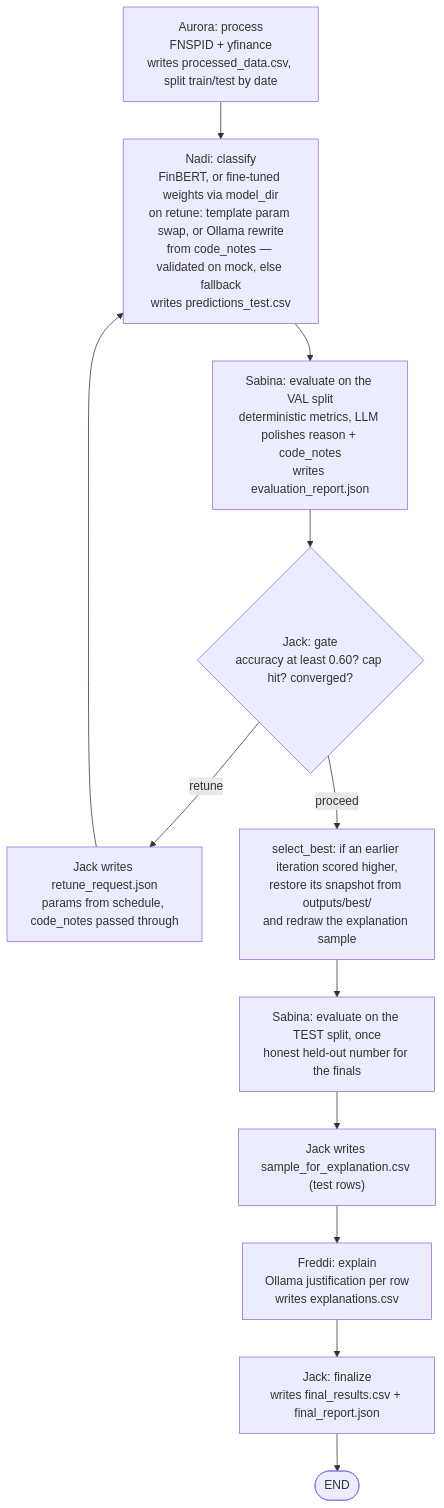
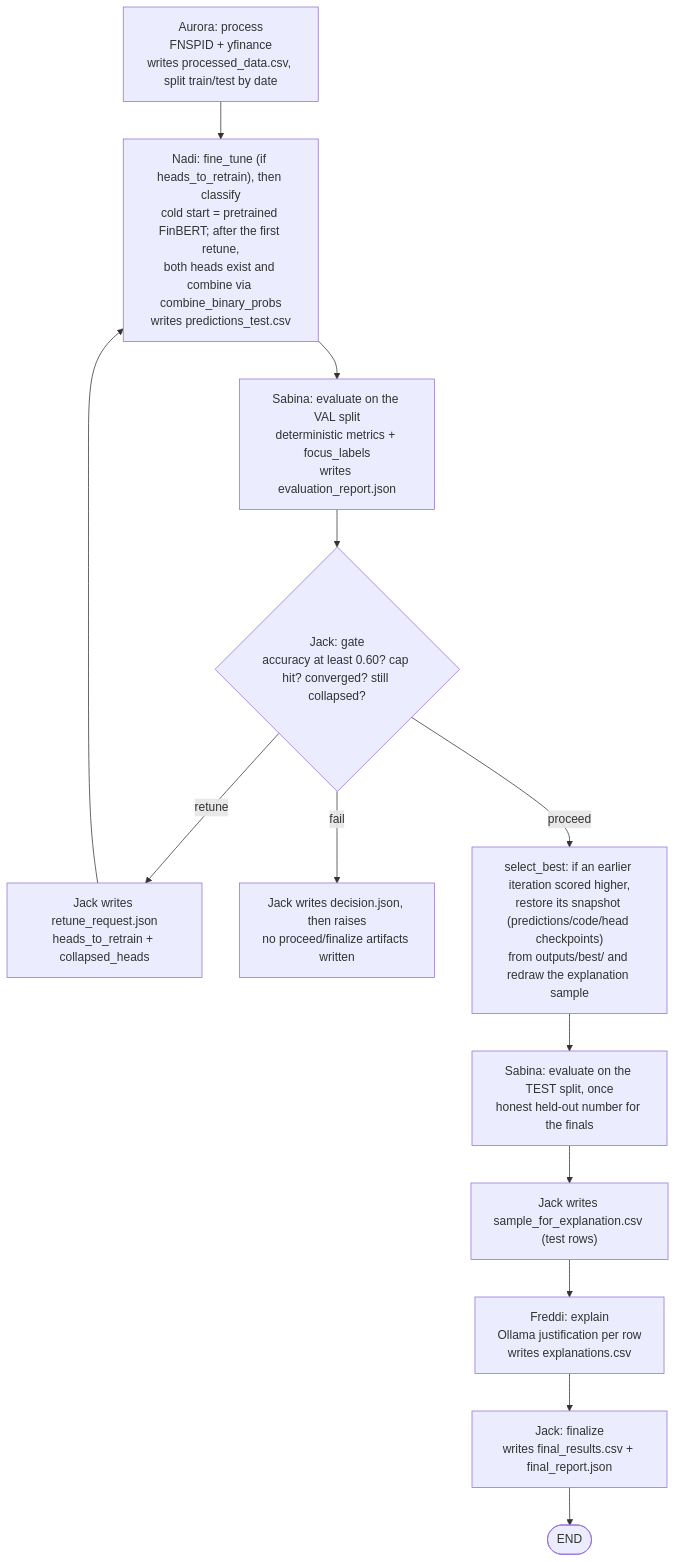
Before and after one commit to njaltran/NLP_lab: the diagram in docs/retune_loop.md, drawn with Mermaid. The commit also changed other lines of this file and 7 other files, not shown here.

````diff
--- a/docs/retune_loop.md
+++ b/docs/retune_loop.md
@@ -28,18 +43,20 @@
 ```mermaid
 flowchart TD
     A["Aurora: process<br/>FNSPID + yfinance<br/>writes processed_data.csv, split train/test by date"] --> N
 
-    N["Nadi: classify<br/>FinBERT, or fine-tuned weights via model_dir<br/>on retune: template param swap, or Ollama rewrite<br/>from code_notes — validated on mock, else fallback<br/>writes predictions_test.csv"] --> S
-    S["Sabina: evaluate on the VAL split<br/>deterministic metrics, LLM polishes reason + code_notes<br/>writes evaluation_report.json"] --> G
+    N["Nadi: fine_tune (if heads_to_retrain), then classify<br/>cold start = pretrained FinBERT; after the first retune,<br/>both heads exist and combine via combine_binary_probs<br/>writes predictions_test.csv"] --> S
+    S["Sabina: evaluate on the VAL split<br/>deterministic metrics + focus_labels<br/>writes evaluation_report.json"] --> G
 
-    G{"Jack: gate<br/>accuracy at least 0.60? cap hit? converged?"}
+    G{"Jack: gate<br/>accuracy at least 0.60? cap hit? converged? still collapsed?"}
     G -->|retune| R
-    R["Jack writes retune_request.json<br/>params from schedule, code_notes passed through"] --> N
+    R["Jack writes retune_request.json<br/>heads_to_retrain + collapsed_heads"] --> N
+
+    G -->|fail| X["Jack writes decision.json, then raises<br/>no proceed/finalize artifacts written"]
 
     G -->|proceed| B
-    B["select_best: if an earlier iteration scored higher,<br/>restore its snapshot from outputs/best/<br/>and redraw the explanation sample"] --> ET
+    B["select_best: if an earlier iteration scored higher,<br/>restore its snapshot (predictions/code/head checkpoints)<br/>from outputs/best/ and redraw the explanation sample"] --> ET
     ET["Sabina: evaluate on the TEST split, once<br/>honest held-out number for the finals"] --> P
     P["Jack writes sample_for_explanation.csv (test rows)"] --> F
     F["Freddi: explain<br/>Ollama justification per row<br/>writes explanations.csv"] --> Z
     Z["Jack: finalize<br/>writes final_results.csv + final_report.json"] --> E([END])
 ```
````
